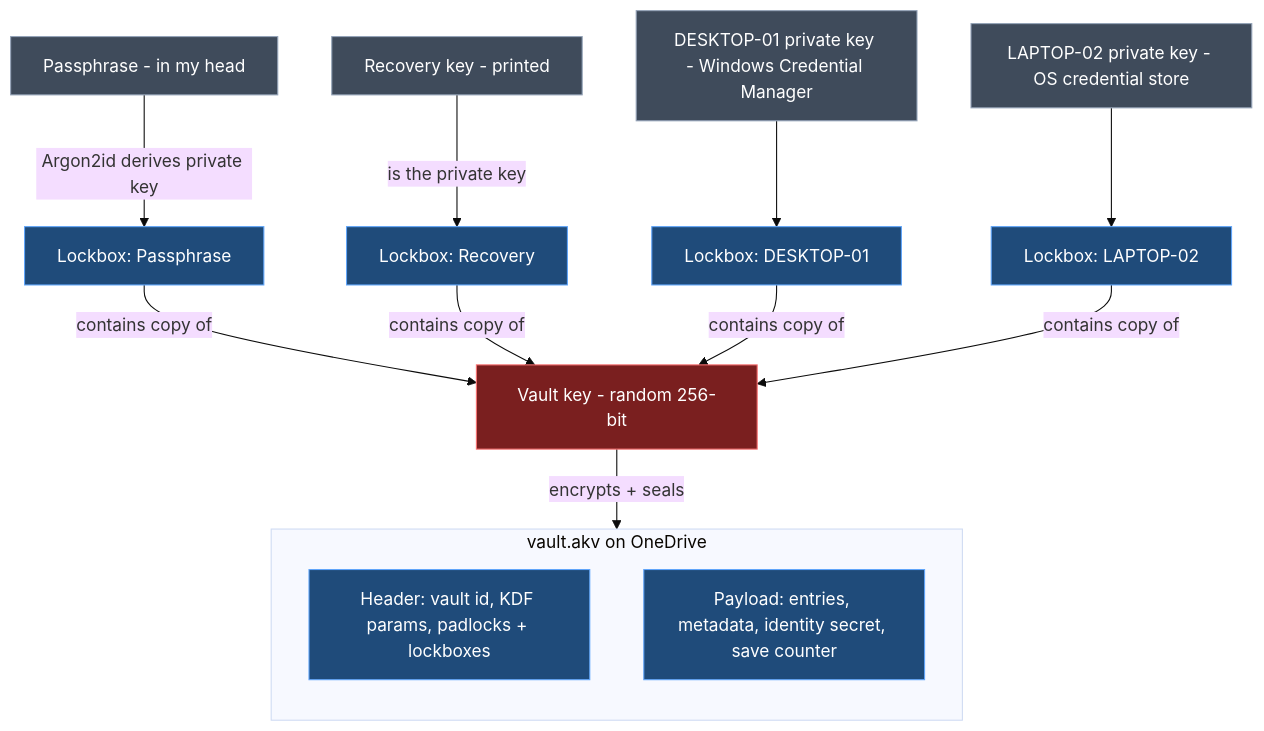
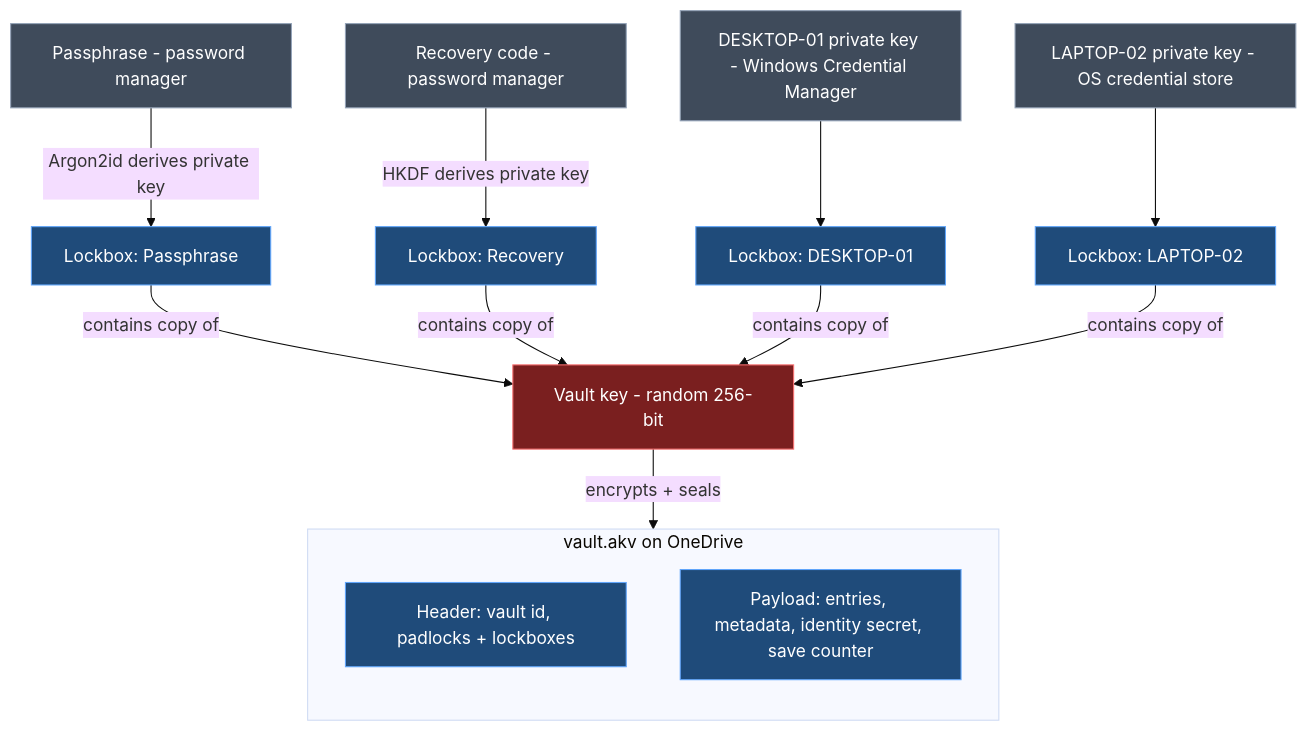
One commit to dandrejvv/ApiKeyVault changed the first of 5 diagrams in intent/.plans/2026-10-05-apikeyvault-cryptography-persistence-des.md. Above: the diagram before and after it, drawn with Mermaid (base theme). The commit also changed other lines of this file, not shown here.

Commit message:
Simplify ApiKeyVault design plan for single-user scope: drop key-history pinning, add protected passphrase/recovery/this-device lockboxes and multi-device removal

````diff
--- a/intent/.plans/2026-10-05-apikeyvault-cryptography-persistence-des.md
+++ b/intent/.plans/2026-10-05-apikeyvault-cryptography-persistence-des.md
@@ -52,23 +58,23 @@
 ```mermaid
 flowchart TB
   classDef secret fill:#7a1f1f,stroke:#f87171,color:#ffffff
   classDef file fill:#1f4b7a,stroke:#60a5fa,color:#ffffff
   classDef owner fill:#3f4b5b,stroke:#94a3b8,color:#ffffff
 
   subgraph VaultFile[vault.akv on OneDrive]
     direction TB
-    H[Header: vault id, KDF params, padlocks + lockboxes]:::file
+    H[Header: vault id, padlocks + lockboxes]:::file
     P[Payload: entries, metadata, identity secret, save counter]:::file
   end
 
   VK[Vault key - random 256-bit]:::secret -->|encrypts + seals| P
   LB1[Lockbox: Passphrase]:::file -->|contains copy of| VK
   LB2[Lockbox: Recovery]:::file -->|contains copy of| VK
   LB3[Lockbox: DESKTOP-01]:::file -->|contains copy of| VK
   LB4[Lockbox: LAPTOP-02]:::file -->|contains copy of| VK
 
-  PP[Passphrase - in my head]:::owner -->|Argon2id derives private key| LB1
-  RK[Recovery key - printed]:::owner -->|is the private key| LB2
+  PP[Passphrase - password manager]:::owner -->|Argon2id derives private key| LB1
+  RK[Recovery code - password manager]:::owner -->|HKDF derives private key| LB2
   D1[DESKTOP-01 private key - Windows Credential Manager]:::owner --> LB3
   D2[LAPTOP-02 private key - OS credential store]:::owner --> LB4
 ```
````
